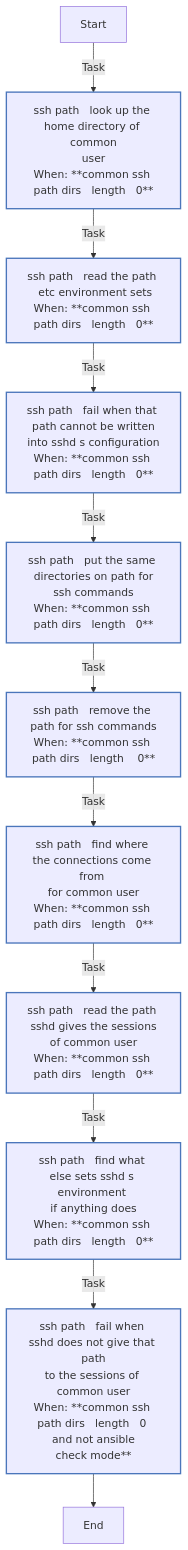
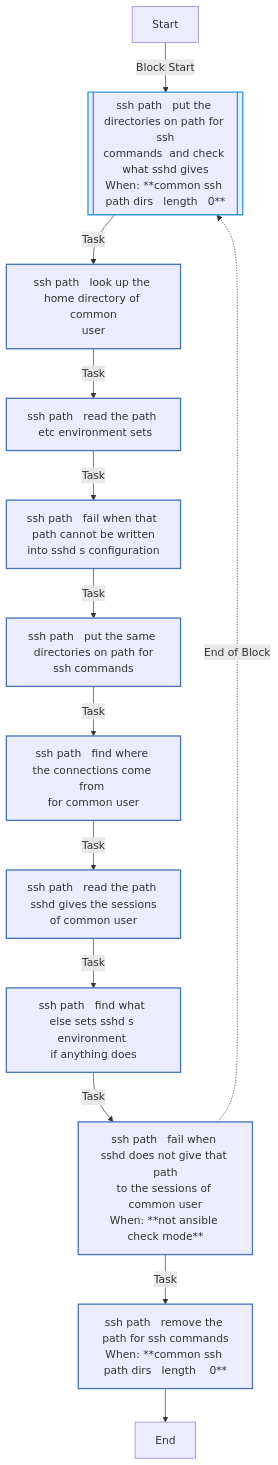
One commit to kawadeomkar/agent-warehouse changed the fourth of 6 diagrams in docs/reference/roles/common.md. Above: the diagram before and after it, drawn with Mermaid. The commit also changed other lines of this file and 32 other files, not shown here.

````diff
--- a/docs/reference/roles/common.md
+++ b/docs/reference/roles/common.md
@@ -191,23 +192,25 @@
 ```mermaid
 flowchart TD
 Start
 classDef block stroke:#3498db,stroke-width:2px;
 classDef task stroke:#4b76bb,stroke-width:2px;
 classDef includeTasks stroke:#16a085,stroke-width:2px;
 classDef importTasks stroke:#34495e,stroke-width:2px;
 classDef includeRole stroke:#2980b9,stroke-width:2px;
 classDef importRole stroke:#699ba7,stroke-width:2px;
 classDef includeVars stroke:#8e44ad,stroke-width:2px;
 classDef rescue stroke:#665352,stroke-width:2px;
 
-  Start-->|Task| ssh_path___Look_up_the_home_directory_of_common_user0[ssh path   look up the home directory of common<br>user<br>When: **common ssh path dirs   length   0**]:::task
-  ssh_path___Look_up_the_home_directory_of_common_user0-->|Task| ssh_path___Read_the_PATH__etc_environment_sets1[ssh path   read the path  etc environment sets<br>When: **common ssh path dirs   length   0**]:::task
-  ssh_path___Read_the_PATH__etc_environment_sets1-->|Task| ssh_path___Fail_when_that_PATH_cannot_be_written_into_sshd_s_configuration2[ssh path   fail when that path cannot be written<br>into sshd s configuration<br>When: **common ssh path dirs   length   0**]:::task
-  ssh_path___Fail_when_that_PATH_cannot_be_written_into_sshd_s_configuration2-->|Task| ssh_path___Put_the_same_directories_on_PATH_for_ssh_commands3[ssh path   put the same directories on path for<br>ssh commands<br>When: **common ssh path dirs   length   0**]:::task
-  ssh_path___Put_the_same_directories_on_PATH_for_ssh_commands3-->|Task| ssh_path___Remove_the_PATH_for_ssh_commands4[ssh path   remove the path for ssh commands<br>When: **common ssh path dirs   length    0**]:::task
-  ssh_path___Remove_the_PATH_for_ssh_commands4-->|Task| ssh_path___Find_where_the_connections_come_from__for_common_user5[ssh path   find where the connections come from <br>for common user<br>When: **common ssh path dirs   length   0**]:::task
-  ssh_path___Find_where_the_connections_come_from__for_common_user5-->|Task| ssh_path___Read_the_PATH_sshd_gives_the_sessions_of_common_user6[ssh path   read the path sshd gives the sessions<br>of common user<br>When: **common ssh path dirs   length   0**]:::task
-  ssh_path___Read_the_PATH_sshd_gives_the_sessions_of_common_user6-->|Task| ssh_path___Find_what_else_sets_sshd_s_environment__if_anything_does7[ssh path   find what else sets sshd s environment <br>if anything does<br>When: **common ssh path dirs   length   0**]:::task
-  ssh_path___Find_what_else_sets_sshd_s_environment__if_anything_does7-->|Task| ssh_path___Fail_when_sshd_does_not_give_that_PATH_to_the_sessions_of_common_user8[ssh path   fail when sshd does not give that path<br>to the sessions of common user<br>When: **common ssh path dirs   length   0 and not ansible<br>check mode**]:::task
-  ssh_path___Fail_when_sshd_does_not_give_that_PATH_to_the_sessions_of_common_user8-->End
+  Start-->|Block Start| ssh_path___Put_the_directories_on_PATH_for_ssh_commands__and_check_what_sshd_gives0_block_start_0[[ssh path   put the directories on path for ssh<br>commands  and check what sshd gives<br>When: **common ssh path dirs   length   0**]]:::block
+  ssh_path___Put_the_directories_on_PATH_for_ssh_commands__and_check_what_sshd_gives0_block_start_0-->|Task| ssh_path___Look_up_the_home_directory_of_common_user0[ssh path   look up the home directory of common<br>user]:::task
+  ssh_path___Look_up_the_home_directory_of_common_user0-->|Task| ssh_path___Read_the_PATH__etc_environment_sets1[ssh path   read the path  etc environment sets]:::task
+  ssh_path___Read_the_PATH__etc_environment_sets1-->|Task| ssh_path___Fail_when_that_PATH_cannot_be_written_into_sshd_s_configuration2[ssh path   fail when that path cannot be written<br>into sshd s configuration]:::task
+  ssh_path___Fail_when_that_PATH_cannot_be_written_into_sshd_s_configuration2-->|Task| ssh_path___Put_the_same_directories_on_PATH_for_ssh_commands3[ssh path   put the same directories on path for<br>ssh commands]:::task
+  ssh_path___Put_the_same_directories_on_PATH_for_ssh_commands3-->|Task| ssh_path___Find_where_the_connections_come_from__for_common_user4[ssh path   find where the connections come from <br>for common user]:::task
+  ssh_path___Find_where_the_connections_come_from__for_common_user4-->|Task| ssh_path___Read_the_PATH_sshd_gives_the_sessions_of_common_user5[ssh path   read the path sshd gives the sessions<br>of common user]:::task
+  ssh_path___Read_the_PATH_sshd_gives_the_sessions_of_common_user5-->|Task| ssh_path___Find_what_else_sets_sshd_s_environment__if_anything_does6[ssh path   find what else sets sshd s environment <br>if anything does]:::task
+  ssh_path___Find_what_else_sets_sshd_s_environment__if_anything_does6-->|Task| ssh_path___Fail_when_sshd_does_not_give_that_PATH_to_the_sessions_of_common_user7[ssh path   fail when sshd does not give that path<br>to the sessions of common user<br>When: **not ansible check mode**]:::task
+  ssh_path___Fail_when_sshd_does_not_give_that_PATH_to_the_sessions_of_common_user7-.->|End of Block| ssh_path___Put_the_directories_on_PATH_for_ssh_commands__and_check_what_sshd_gives0_block_start_0
+  ssh_path___Fail_when_sshd_does_not_give_that_PATH_to_the_sessions_of_common_user7-->|Task| ssh_path___Remove_the_PATH_for_ssh_commands1[ssh path   remove the path for ssh commands<br>When: **common ssh path dirs   length    0**]:::task
+  ssh_path___Remove_the_PATH_for_ssh_commands1-->End
 ```
````
